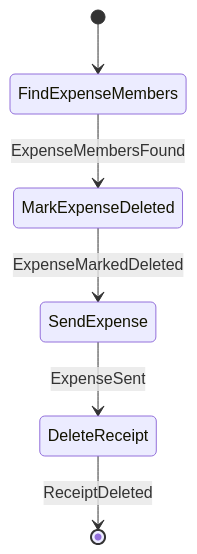
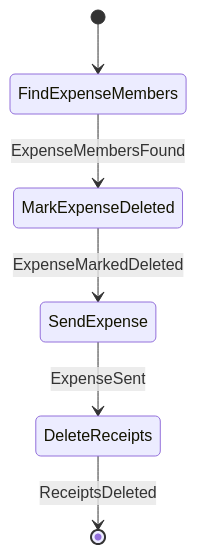
One commit to cbgm/Sparrow changed the third of 15 diagrams in docs/architecture/workflows/groupstate.md. Above: the diagram before and after it, drawn with Mermaid. The commit also changed other lines of this file and 62 other files, not shown here.

````diff
--- a/docs/architecture/workflows/groupstate.md
+++ b/docs/architecture/workflows/groupstate.md
@@ -82,8 +82,8 @@
 ```mermaid
 stateDiagram-v2
     [*] --> FindExpenseMembers
     FindExpenseMembers --> MarkExpenseDeleted : ExpenseMembersFound
     MarkExpenseDeleted --> SendExpense : ExpenseMarkedDeleted
-    SendExpense --> DeleteReceipt : ExpenseSent
-    DeleteReceipt --> [*] : ReceiptDeleted
+    SendExpense --> DeleteReceipts : ExpenseSent
+    DeleteReceipts --> [*] : ReceiptsDeleted
 ```
````
